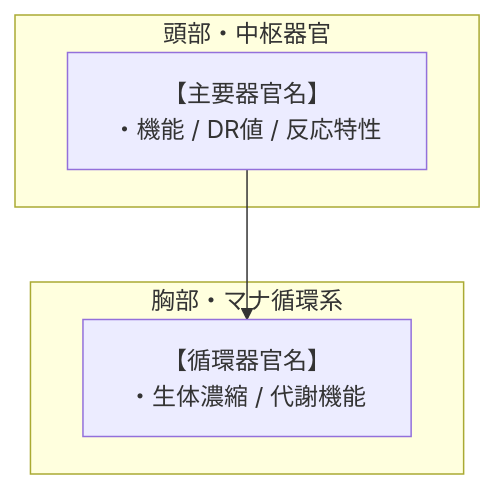
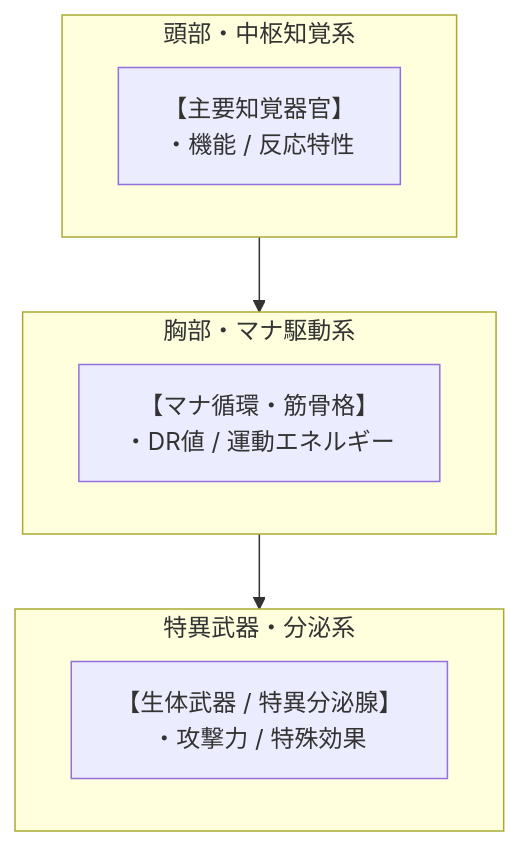
The first of 2 diagrams in TEMPLATE.md (takenoriohno-cloud/world-building), drawn with Mermaid before and after one commit. The commit also changed other lines of this file and 18 other files, not shown here.

Commit message:
feature/orchestrationTest add: 図鑑テンプレートを拡張

````diff
--- a/TEMPLATE.md
+++ b/TEMPLATE.md
@@ -30,11 +46,15 @@
 ```mermaid
 flowchart TD
-    %% 生体解剖・器官連関構造図（特殊記号は必ずダブルクォーテーションでエスケープ）
-    subgraph CRANIUM["頭部・中枢器官"]
-        ORG1["【主要器官名】<br/>・機能 / DR値 / 反応特性"]
+    %% 生体解剖・器官連関構造図（記号は必ずダブルクォーテーションでエスケープ）
+    subgraph CAPUT["頭部・中枢知覚系"]
+        ORG1["【主要知覚器官】<br/>・機能 / 反応特性"]
     end
-    subgraph BODY["胸部・マナ循環系"]
-        ORG2["【循環器官名】<br/>・生体濃縮 / 代謝機能"]
+    subgraph BODY["胸部・マナ駆動系"]
+        ORG2["【マナ循環・筋骨格】<br/>・DR値 / 運動エネルギー"]
     end
-    ORG1 --> ORG2
+    subgraph WEAPON["特異武器・分泌系"]
+        ORG3["【生体武器 / 特異分泌腺】<br/>・攻撃力 / 特殊効果"]
+    end
+    CAPUT --> BODY
+    BODY --> WEAPON
 ```
````
